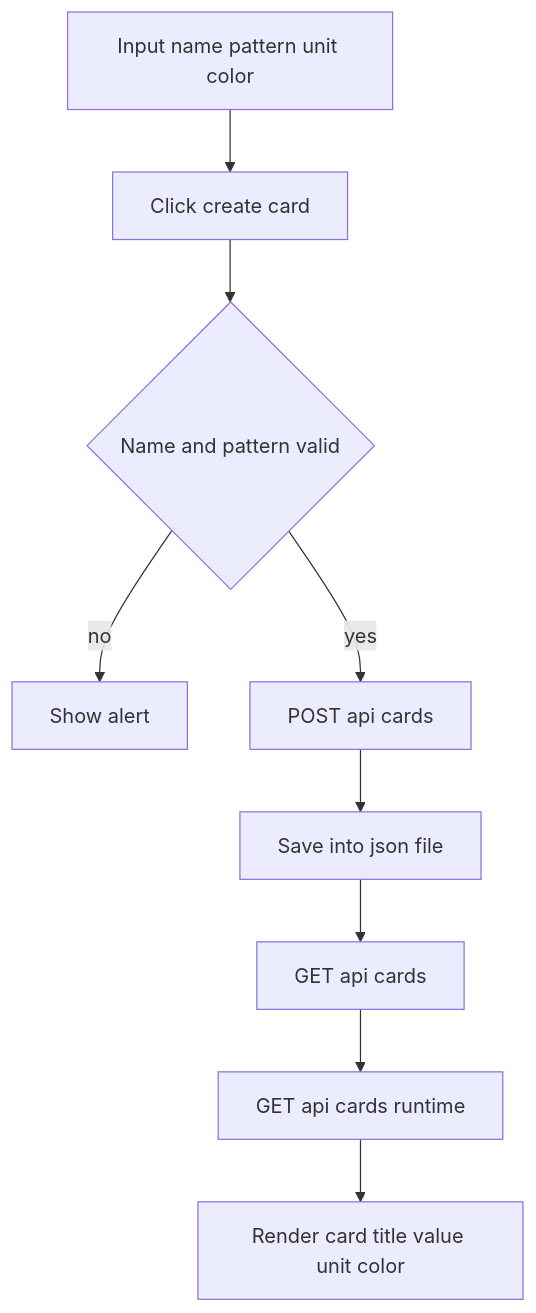
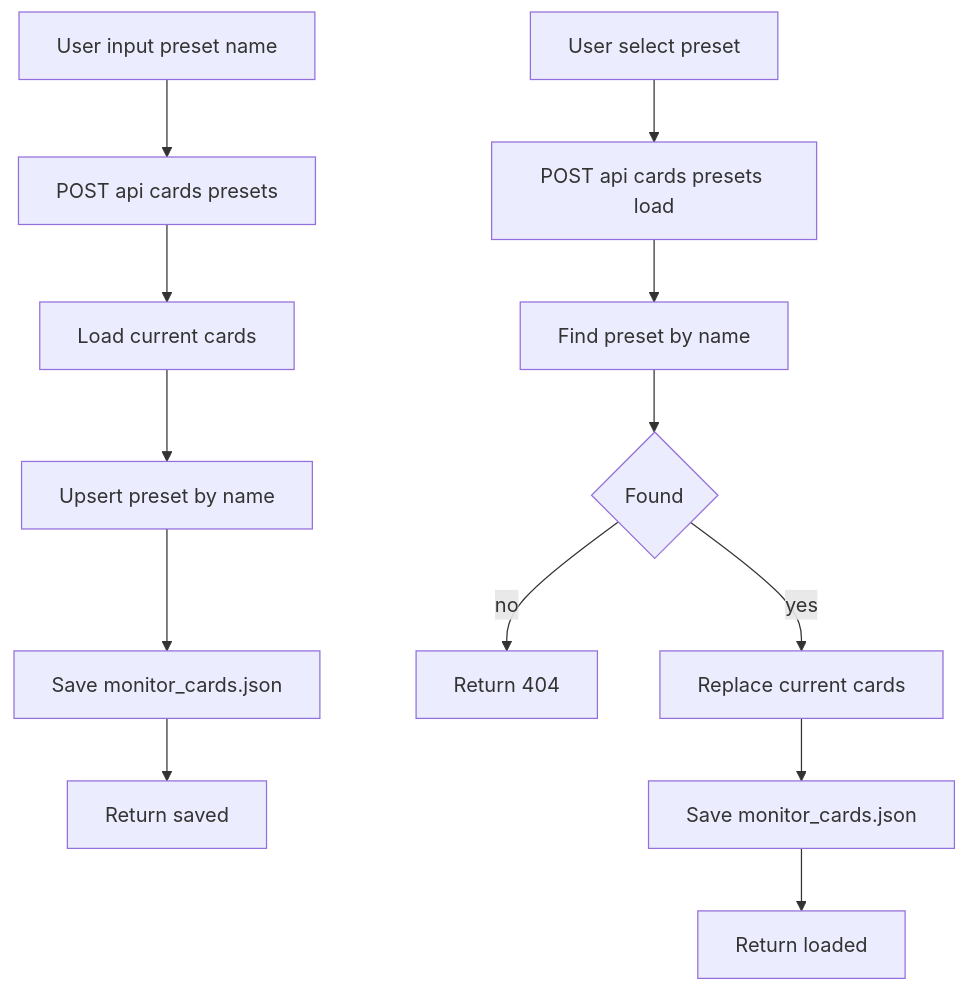
One commit to neo-embbed/neo-uart changed the fourth of 5 diagrams in docs/system_flowchart.md. Above: the diagram before and after it, drawn with Mermaid. The commit also changed other lines of this file and 1 other file, not shown here.

Commit message:
docs:更新README与系统流程图

````diff
--- a/docs/system_flowchart.md
+++ b/docs/system_flowchart.md
@@ -96,11 +94,16 @@
 ```mermaid
 flowchart TD
-    A[Input name pattern unit color] --> B[Click create card]
-    B --> C{Name and pattern valid}
-    C -- no --> C1[Show alert]
-    C -- yes --> D[POST api cards]
-    D --> E[Save into json file]
-    E --> F[GET api cards]
-    F --> G[GET api cards runtime]
-    G --> H[Render card title value unit color]
+    A[User input preset name] --> B[POST api cards presets]
+    B --> C[Load current cards]
+    C --> D[Upsert preset by name]
+    D --> E[Save monitor_cards.json]
+    E --> F[Return saved]
+
+    G[User select preset] --> H[POST api cards presets load]
+    H --> I[Find preset by name]
+    I --> J{Found}
+    J -- no --> J1[Return 404]
+    J -- yes --> K[Replace current cards]
+    K --> L[Save monitor_cards.json]
+    L --> M[Return loaded]
 ```
````
